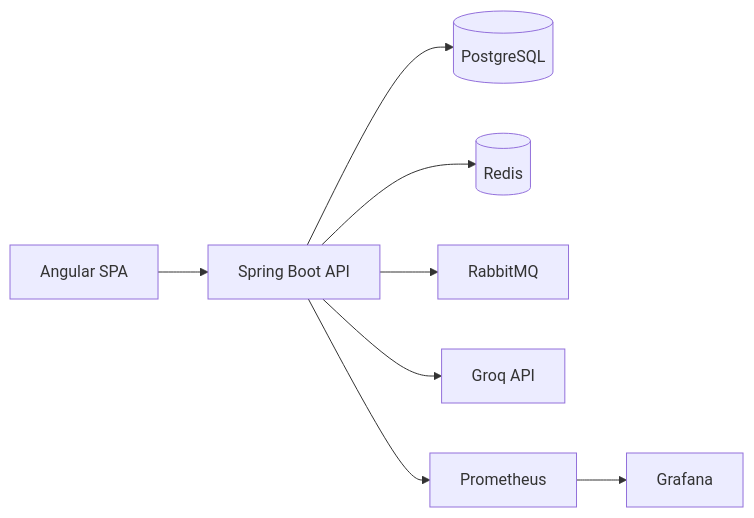
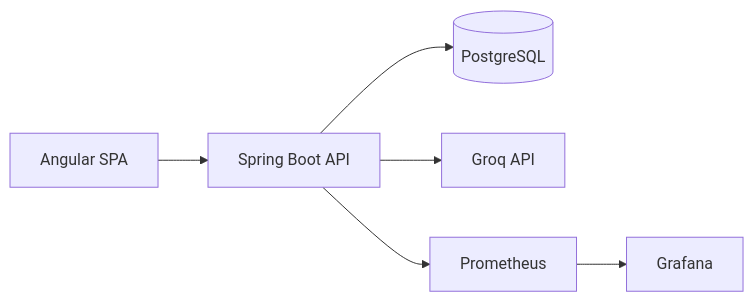
The diagram in docs/architecture/overview.md (AhmedOL0/ProcureFlow), drawn with Mermaid before and after one commit. The commit also changed other lines of this file and 18 other files, not shown here.

First line of the commit message:
ops(lean): remove Redis/RabbitMQ, calibrate shell budget, lock donut centering

````diff
--- a/docs/architecture/overview.md
+++ b/docs/architecture/overview.md
@@ -10,10 +10,8 @@
 ```mermaid
 flowchart LR
   Browser[Angular SPA] --> API[Spring Boot API]
   API --> PG[(PostgreSQL)]
-  API --> Redis[(Redis)]
-  API --> MQ[RabbitMQ]
   API --> Groq[Groq API]
   API --> Prom[Prometheus]
   Prom --> Grafana[Grafana]
 ```
````
